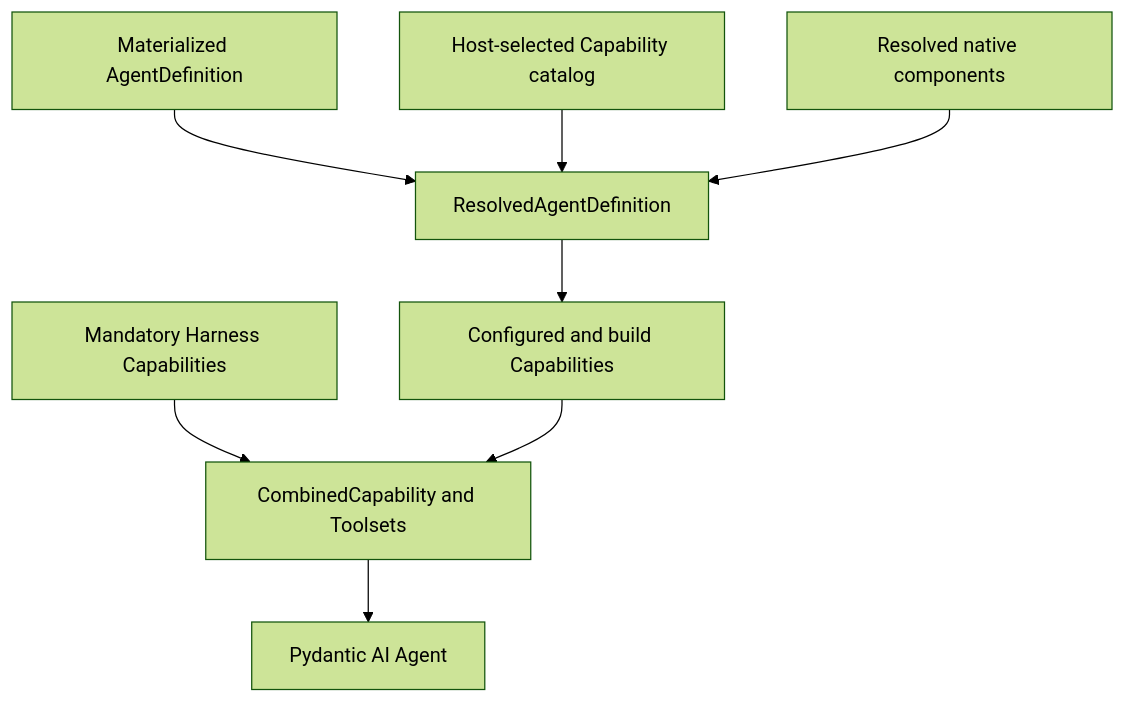
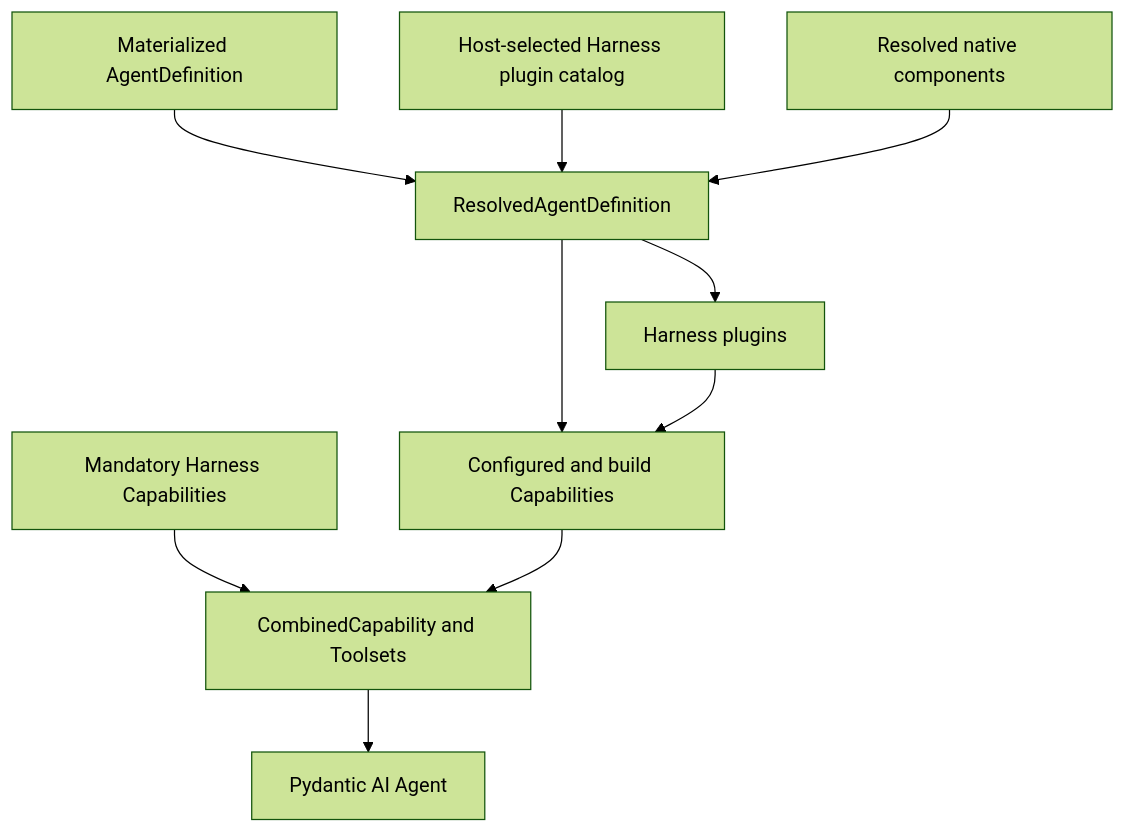
Before and after one commit to LTThreeComma/agent-foundation: the first of 2 diagrams in spec/agent-harness/17-core-capability-catalog.md, drawn with Mermaid (forest theme). The commit also changed other lines of this file and 21 other files, not shown here.

First line of the commit message:
feat(harness): define first-class plugin lifecycle

````diff
--- a/spec/agent-harness/17-core-capability-catalog.md
+++ b/spec/agent-harness/17-core-capability-catalog.md
@@ -7,10 +7,12 @@
 ```mermaid
 flowchart TB
     Definition[Materialized AgentDefinition] --> Plan[ResolvedAgentDefinition]
-    Catalog[Host-selected Capability catalog] --> Plan
+    PluginCatalog[Host-selected Harness plugin catalog] --> Plan
     Native[Resolved native components] --> Plan
+    Plan --> Plugins[Harness plugins]
     Plan --> Optional[Configured and build Capabilities]
+    Plugins --> Optional
     Core[Mandatory Harness Capabilities] --> Compose[CombinedCapability and Toolsets]
     Optional --> Compose
     Compose --> Agent[Pydantic AI Agent]
 ```
````
